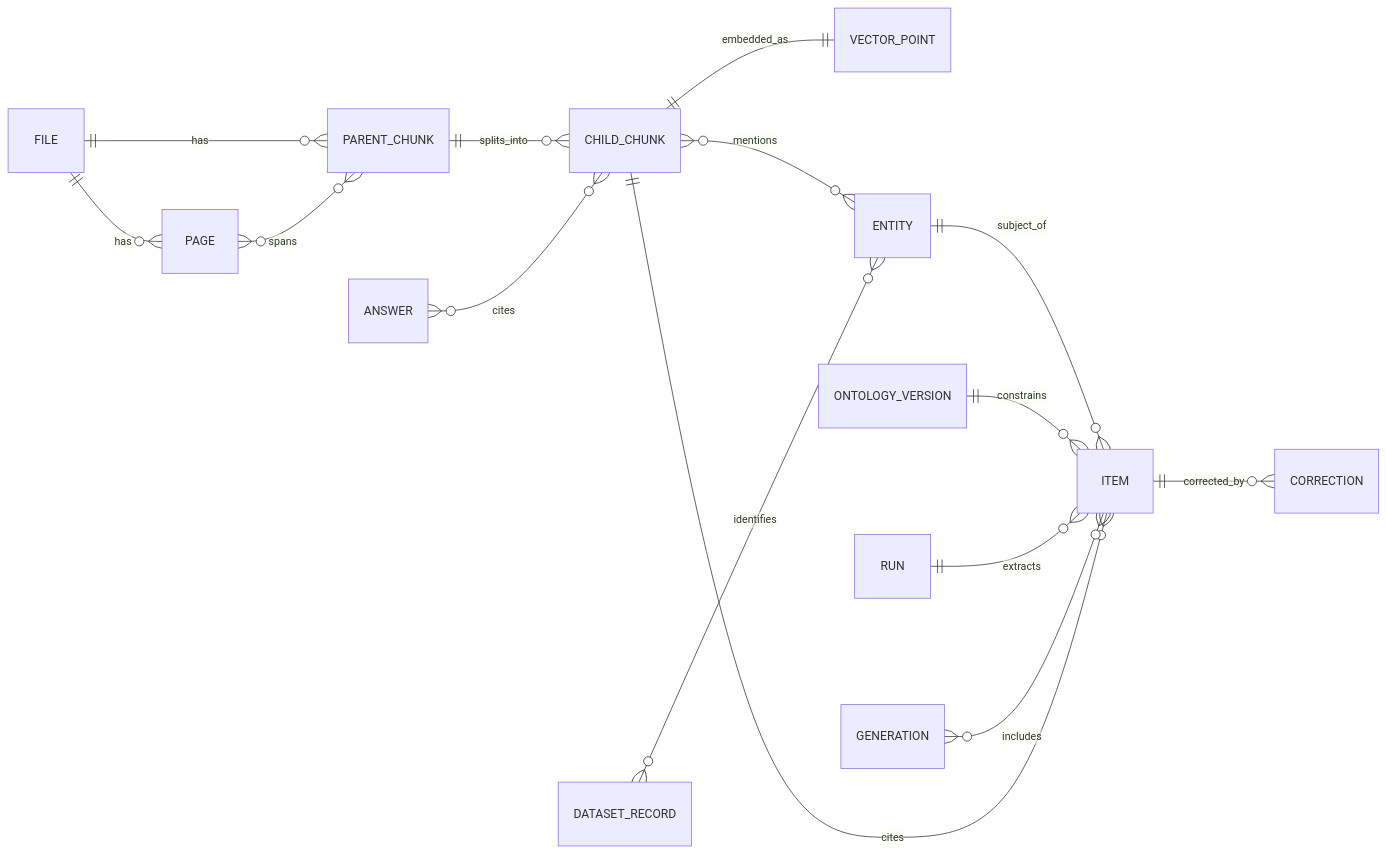
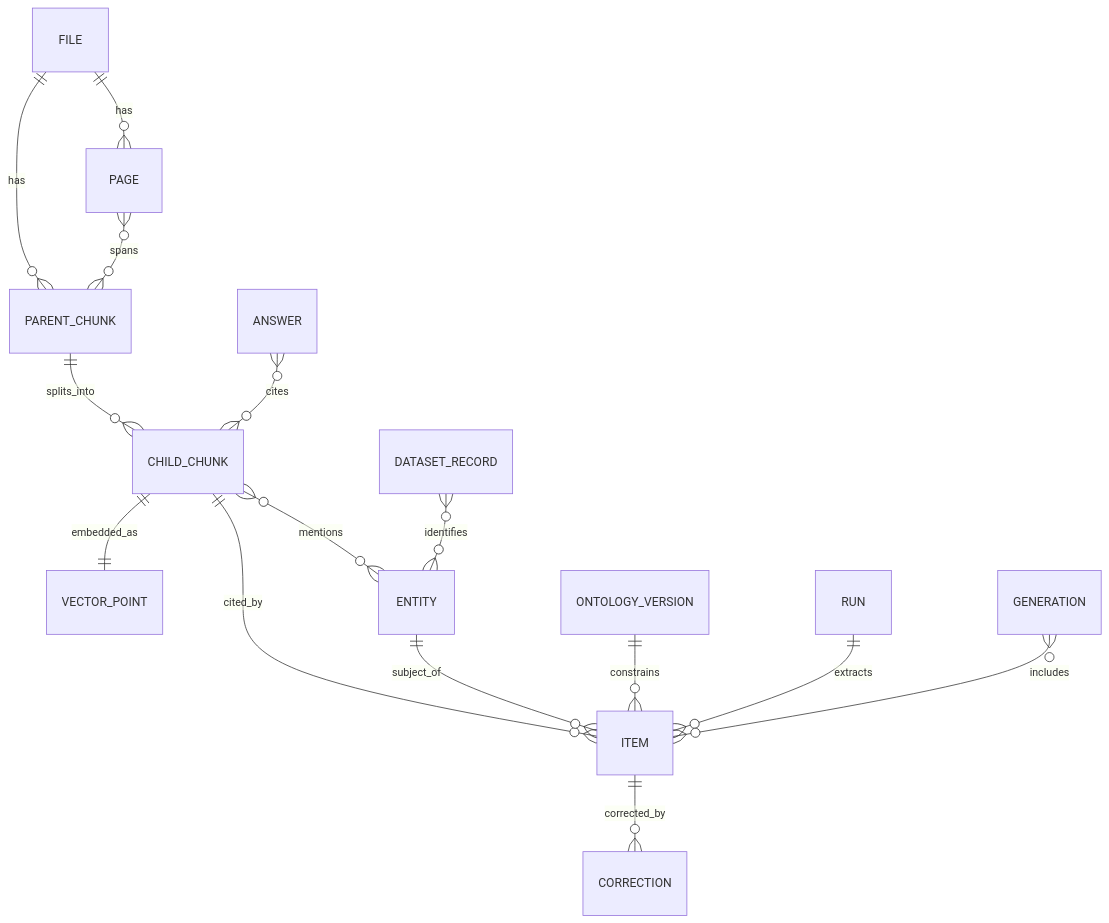
Before and after one commit to thaitri2005/Secure-O-G-LLM-and-Knowledge-Graph: the sixth of 9 diagrams in docs/PROJECT_DESIGN.md, drawn with Mermaid. The commit also changed other lines of this file and 47 other files, not shown here.

````diff
--- a/docs/PROJECT_DESIGN.md
+++ b/docs/PROJECT_DESIGN.md
@@ -818,18 +866,18 @@
 ```mermaid
 erDiagram
-    direction LR
+    direction TB
     FILE ||--o{ PAGE : has
     FILE ||--o{ PARENT_CHUNK : has
     PAGE }o--o{ PARENT_CHUNK : spans
     PARENT_CHUNK ||--o{ CHILD_CHUNK : splits_into
     CHILD_CHUNK ||--|| VECTOR_POINT : embedded_as
+    ANSWER }o--o{ CHILD_CHUNK : cites
+    CHILD_CHUNK ||--o{ ITEM : cited_by
     CHILD_CHUNK }o--o{ ENTITY : mentions
     DATASET_RECORD }o--o{ ENTITY : identifies
     ENTITY ||--o{ ITEM : subject_of
-    ITEM }o--|| CHILD_CHUNK : cites
     ONTOLOGY_VERSION ||--o{ ITEM : constrains
     RUN ||--o{ ITEM : extracts
+    GENERATION }o--o{ ITEM : includes
     ITEM ||--o{ CORRECTION : corrected_by
-    GENERATION }o--o{ ITEM : includes
-    ANSWER }o--o{ CHILD_CHUNK : cites
 ```
````
